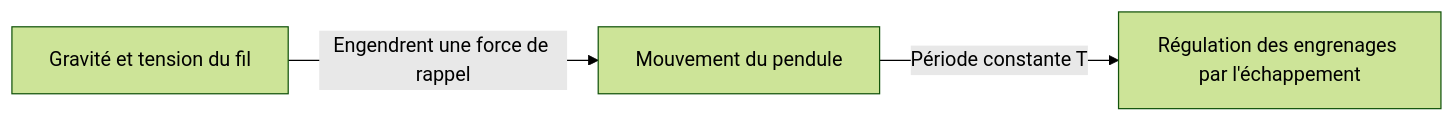
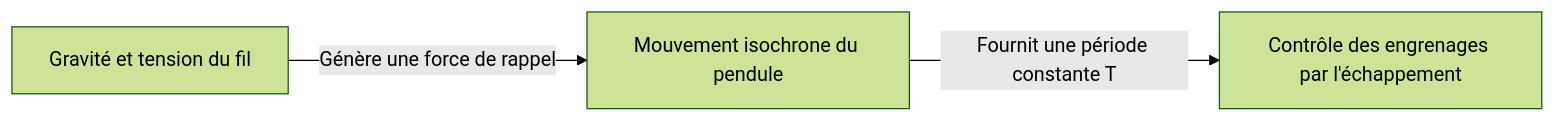
The second of 3 diagrams in content/post/history-of-timekeeping-technology/index.fr.md (kenjinote/blog), drawn with Mermaid (forest theme) before and after one commit. The commit also changed other lines of this file and 129 other files, not shown here.

````diff
--- a/content/post/history-of-timekeeping-technology/index.fr.md
+++ b/content/post/history-of-timekeeping-technology/index.fr.md
@@ -36,5 +41,5 @@
 ```mermaid
 graph LR
-    A["Gravité et tension du fil"] -- "Engendrent une force de rappel" --> B["Mouvement du pendule"]
-    B -- "Période constante T" --> C["Régulation des engrenages par l'échappement"]
+    A["Gravité et tension du fil"] -- "Génère une force de rappel" --> B["Mouvement isochrone du pendule"]
+    B -- "Fournit une période constante T" --> C["Contrôle des engrenages par l'échappement"]
 ```
````
